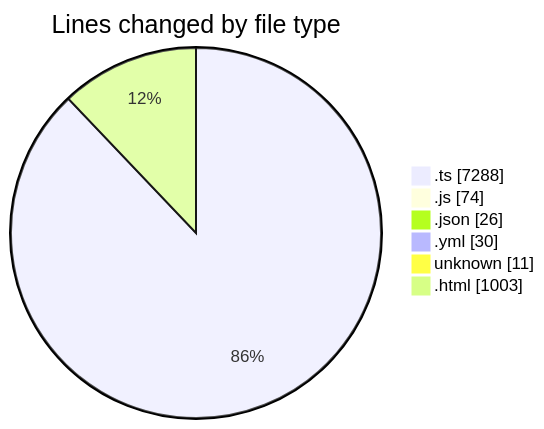
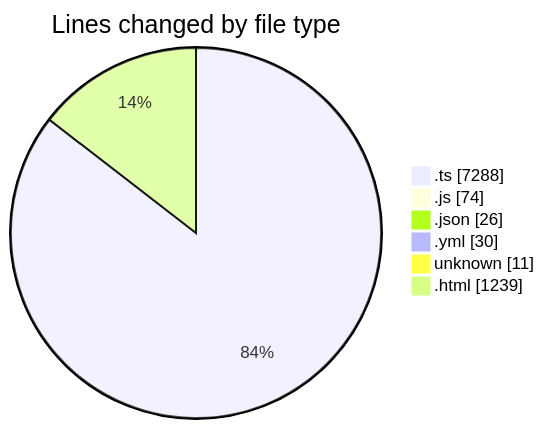
The first of 2 diagrams in 2026-02-07/singularitybrainai/README.md (tmsrecording-cyber/code-tracking), drawn with Mermaid before and after one commit. The commit also changed other lines of this file and 1 other file, not shown here.

````diff
--- a/2026-02-07/singularitybrainai/README.md
+++ b/2026-02-07/singularitybrainai/README.md
@@ -41,10 +41,10 @@
 ```mermaid
 pie showData
 title Lines changed by file type
 ".ts" : 7288
 ".js" : 74
 ".json" : 26
 ".yml" : 30
 "unknown" : 11
-".html" : 1003
+".html" : 1239
 ```
````
